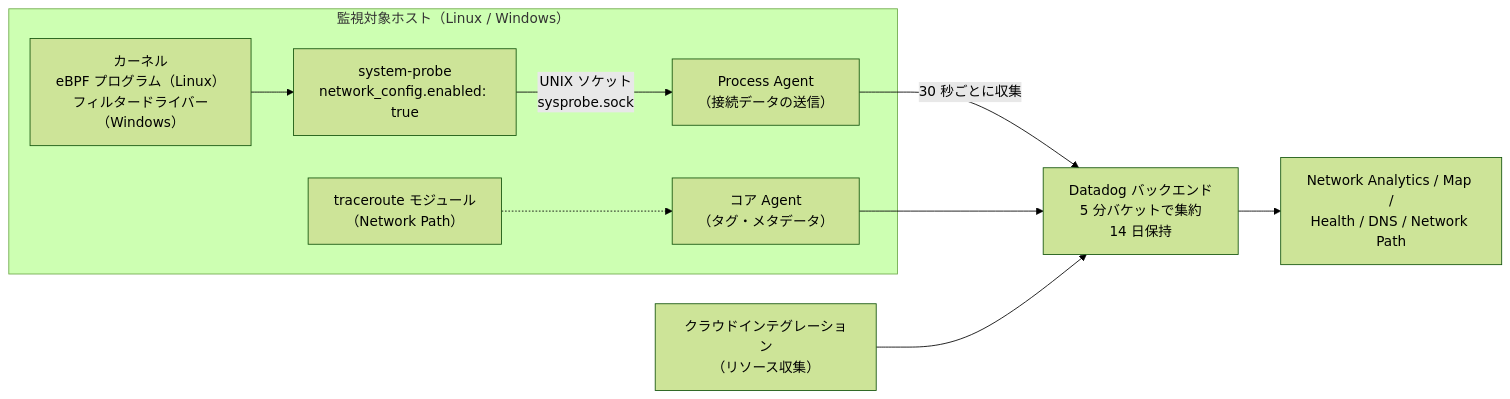
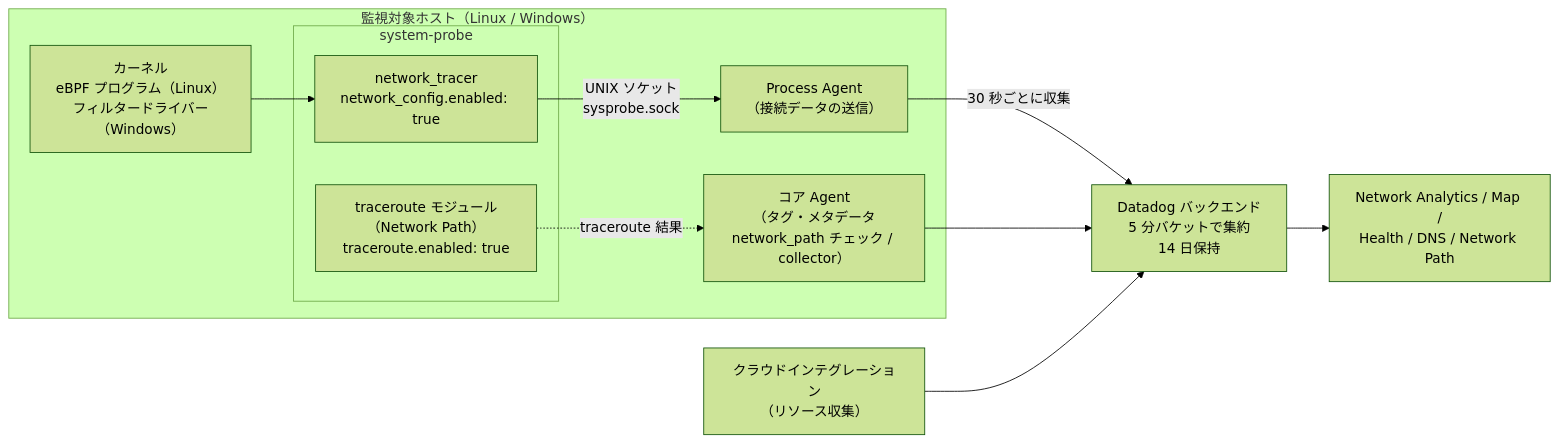
One commit to hidefumiagata/platform-doc changed the diagram in Datadog/02_リファレンス/infrastructure/cloud-network-monitoring.md. Above: the diagram before and after it, drawn with Mermaid (forest theme). The commit also changed other lines of this file and 163 other files, not shown here.

````diff
--- a/Datadog/02_リファレンス/infrastructure/cloud-network-monitoring.md
+++ b/Datadog/02_リファレンス/infrastructure/cloud-network-monitoring.md
@@ -88,17 +89,19 @@
 ```mermaid
 flowchart LR
   subgraph Host["監視対象ホスト（Linux / Windows）"]
     K["カーネル<br/>eBPF プログラム（Linux）<br/>フィルタードライバー（Windows）"]
-    SP["system-probe<br/>network_config.enabled: true"]
+    subgraph SPG["system-probe"]
+      SP["network_tracer<br/>network_config.enabled: true"]
+      TR["traceroute モジュール（Network Path）<br/>traceroute.enabled: true"]
+    end
     PA["Process Agent<br/>（接続データの送信）"]
-    CA["コア Agent<br/>（タグ・メタデータ）"]
-    TR["traceroute モジュール<br/>（Network Path）"]
+    CA["コア Agent<br/>（タグ・メタデータ<br/>network_path チェック / collector）"]
     K --> SP
     SP -- "UNIX ソケット<br/>sysprobe.sock" --> PA
-    TR -.-> CA
+    TR -. "traceroute 結果" .-> CA
   end
   PA -- "30 秒ごとに収集" --> DD["Datadog バックエンド<br/>5 分バケットで集約<br/>14 日保持"]
   CA --> DD
   AWS["クラウドインテグレーション<br/>（リソース収集）"] --> DD
   DD --> UI["Network Analytics / Map /<br/>Health / DNS / Network Path"]
 ```
````
